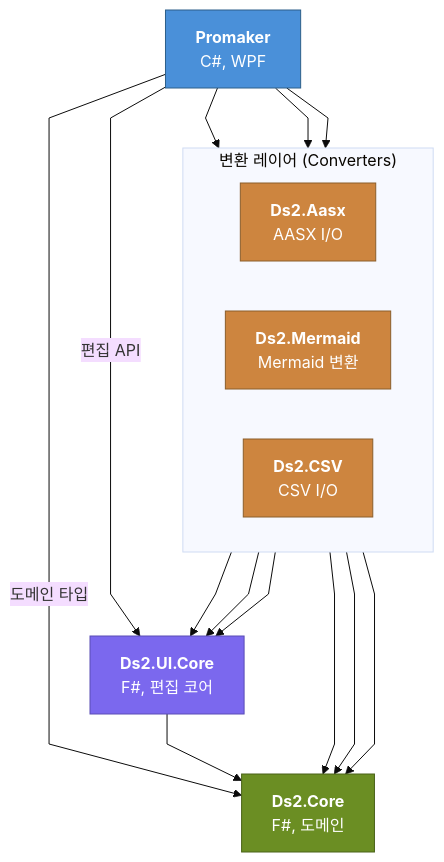
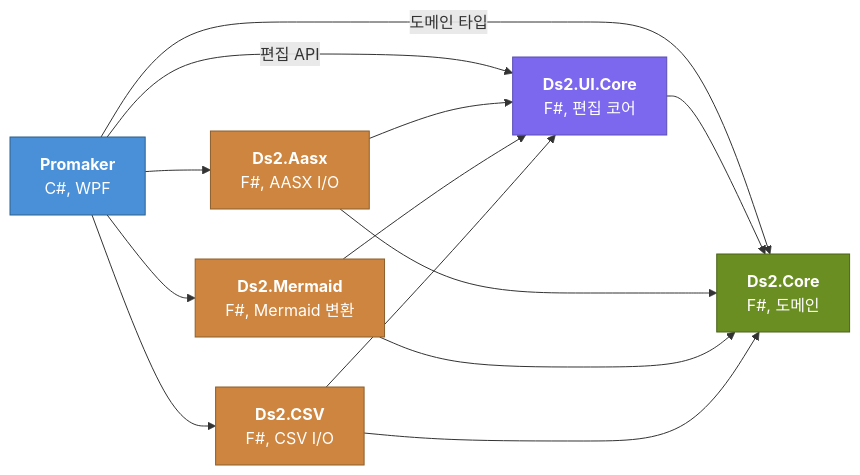
Before and after one commit to DualsoftDev/ds2: the third of 7 diagrams in README.md, drawn with Mermaid. The commit also changed other lines of this file and 85 other files, not shown here.

````diff
--- a/README.md
+++ b/README.md
@@ -67,29 +71,29 @@
 ```mermaid
-%%{init: {'theme': 'base', 'flowchart': {'curve': 'linear', 'rankSpacing': 60}}}%%
-flowchart TB
+graph LR
   PM["<b>Promaker</b><br/>C#, WPF"]
-
-  subgraph CONV["변환 레이어 (Converters)"]
-    direction LR
-    AASX["<b>Ds2.Aasx</b><br/>AASX I/O"]
-    MER["<b>Ds2.Mermaid</b><br/>Mermaid 변환"]
-    CSV["<b>Ds2.CSV</b><br/>CSV I/O"]
-  end
-
   UIC["<b>Ds2.UI.Core</b><br/>F#, 편집 코어"]
   CORE["<b>Ds2.Core</b><br/>F#, 도메인"]
+  AASX["<b>Ds2.Aasx</b><br/>F#, AASX I/O"]
+  MER["<b>Ds2.Mermaid</b><br/>F#, Mermaid 변환"]
+  CSV["<b>Ds2.CSV</b><br/>F#, CSV I/O"]
 
   PM -->|편집 API| UIC
   PM -->|도메인 타입| CORE
-  PM --> AASX & MER & CSV
-  AASX & MER & CSV --> UIC
-  AASX & MER & CSV --> CORE
+  PM --> AASX
+  PM --> MER
+  PM --> CSV
   UIC --> CORE
+  AASX --> UIC
+  AASX --> CORE
+  MER --> UIC
+  MER --> CORE
+  CSV --> UIC
+  CSV --> CORE
 
-  style PM   fill:#4a90d9,color:#fff,stroke:#2c5f8a
-  style UIC  fill:#7b68ee,color:#fff,stroke:#5a4db5
+  style PM fill:#4a90d9,color:#fff,stroke:#2c5f8a
+  style UIC fill:#7b68ee,color:#fff,stroke:#5a4db5
   style CORE fill:#6b8e23,color:#fff,stroke:#4a6319
   style AASX fill:#cd853f,color:#fff,stroke:#8b5e2b
-  style MER  fill:#cd853f,color:#fff,stroke:#8b5e2b
-  style CSV  fill:#cd853f,color:#fff,stroke:#8b5e2b
+  style MER fill:#cd853f,color:#fff,stroke:#8b5e2b
+  style CSV fill:#cd853f,color:#fff,stroke:#8b5e2b
 ```
````
